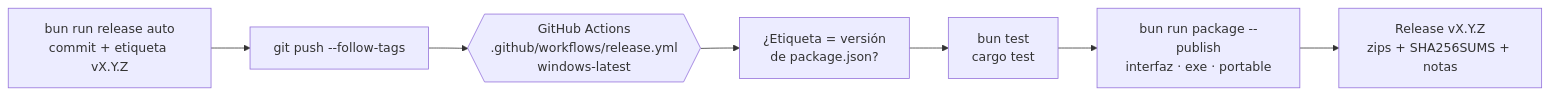
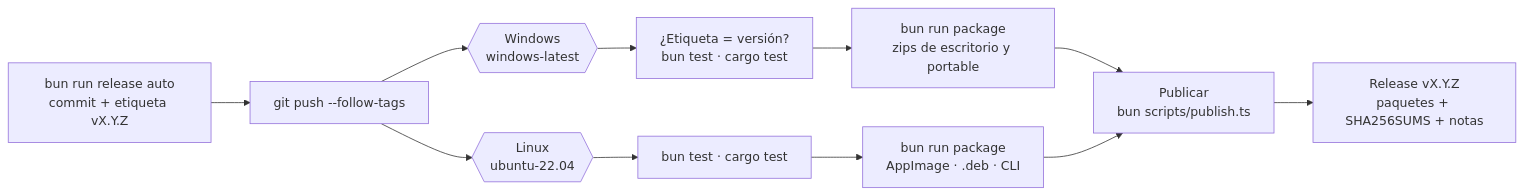
One commit to hernansp08-hub/TesseraFS changed the diagram in docs/VERSIONES.md. Above: the diagram before and after it, drawn with Mermaid. The commit also changed other lines of this file and 59 other files, not shown here.

First line of the commit message:
feat(linux): edición de escritorio para Linux (AppImage, .deb y línea de comandos)

````diff
--- a/docs/VERSIONES.md
+++ b/docs/VERSIONES.md
@@ -75,9 +75,13 @@
 ```mermaid
 flowchart LR
     R["bun run release auto<br/>commit + etiqueta vX.Y.Z"] --> P["git push --follow-tags"]
-    P --> A{{"GitHub Actions<br/>.github/workflows/release.yml<br/>windows-latest"}}
-    A --> C["¿Etiqueta = versión<br/>de package.json?"]
-    C --> T["bun test<br/>cargo test"]
-    T --> B["bun run package --publish<br/>interfaz · exe · portable"]
-    B --> G["Release vX.Y.Z<br/>zips + SHA256SUMS + notas"]
+    P --> W{{"Windows<br/>windows-latest"}}
+    P --> L{{"Linux<br/>ubuntu-22.04"}}
+    W --> WT["¿Etiqueta = versión?<br/>bun test · cargo test"]
+    WT --> WB["bun run package<br/>zips de escritorio y portable"]
+    L --> LT["bun test · cargo test"]
+    LT --> LB["bun run package<br/>AppImage · .deb · CLI"]
+    WB --> J["Publicar<br/>bun scripts/publish.ts"]
+    LB --> J
+    J --> G["Release vX.Y.Z<br/>paquetes + SHA256SUMS + notas"]
 ```
````
